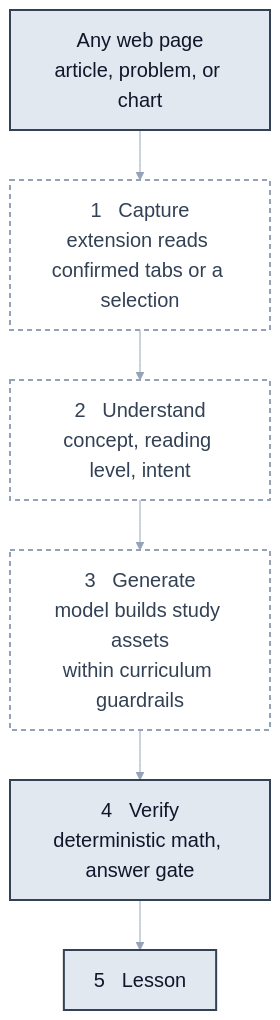
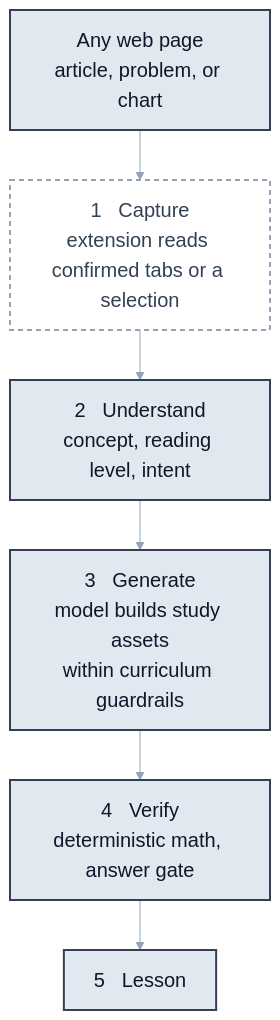
The first of 3 diagrams in README.md (rsusarla3/prism), drawn with Mermaid before and after one commit. The commit also changed other lines of this file and 4 other files, not shown here.

````diff
--- a/README.md
+++ b/README.md
@@ -21,17 +21,17 @@
 ```mermaid
 %%{init: {'theme':'base','themeVariables':{'fontSize':'20px','fontFamily':'system-ui, sans-serif','primaryColor':'#f8fafc','primaryTextColor':'#0f172a','primaryBorderColor':'#475569','lineColor':'#94a3b8'}}}%%
 flowchart TD
     PAGE["Any web page<br/>article, problem, or chart"]
     EXT["1 &nbsp; Capture<br/>extension reads confirmed tabs or a selection"]
     UND["2 &nbsp; Understand<br/>concept, reading level, intent"]
     GEN["3 &nbsp; Generate<br/>model builds study assets<br/>within curriculum guardrails"]
     VER["4 &nbsp; Verify<br/>deterministic math, answer gate"]
     OUT["5 &nbsp; Lesson"]
 
     PAGE --> EXT --> UND --> GEN --> VER --> OUT
 
     classDef done fill:#e2e8f0,stroke:#334155,stroke-width:2px,color:#0f172a;
     classDef todo fill:#ffffff,stroke:#94a3b8,stroke-width:2px,stroke-dasharray:5 4,color:#334155;
-    class PAGE,VER,OUT done;
-    class EXT,UND,GEN todo;
+    class PAGE,UND,GEN,VER,OUT done;
+    class EXT todo;
 ```
````
